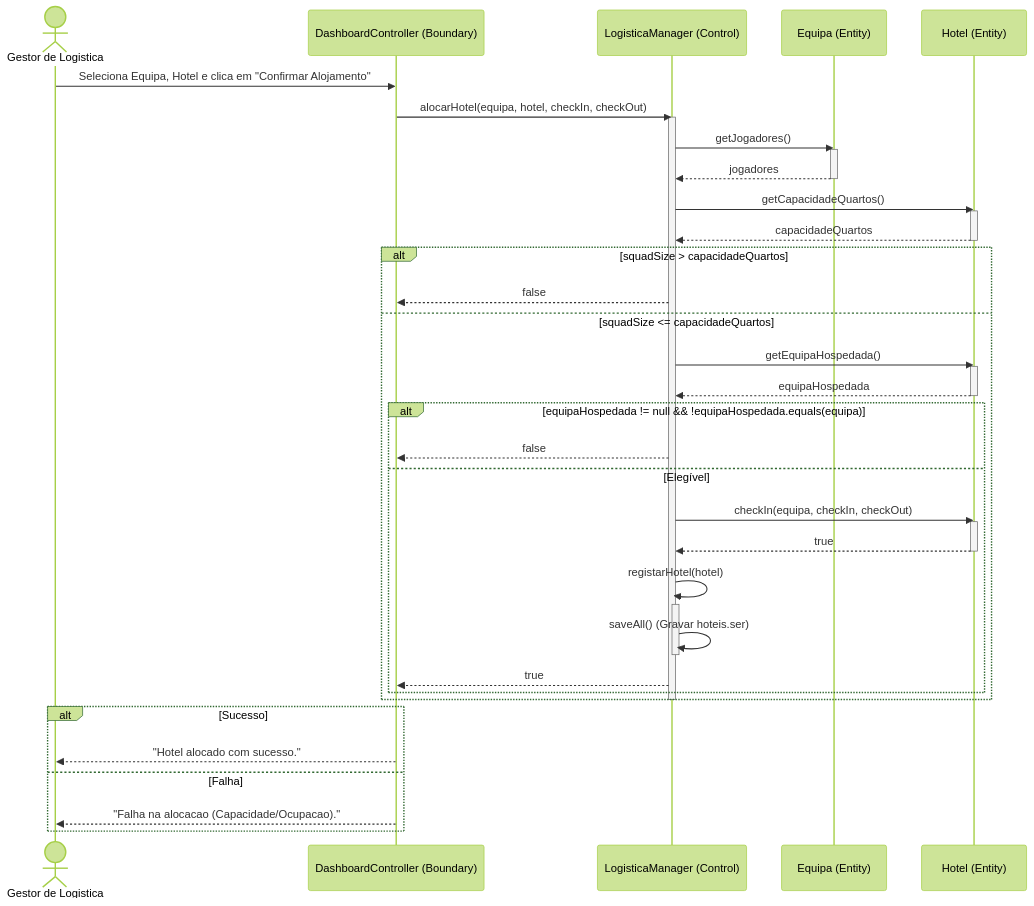
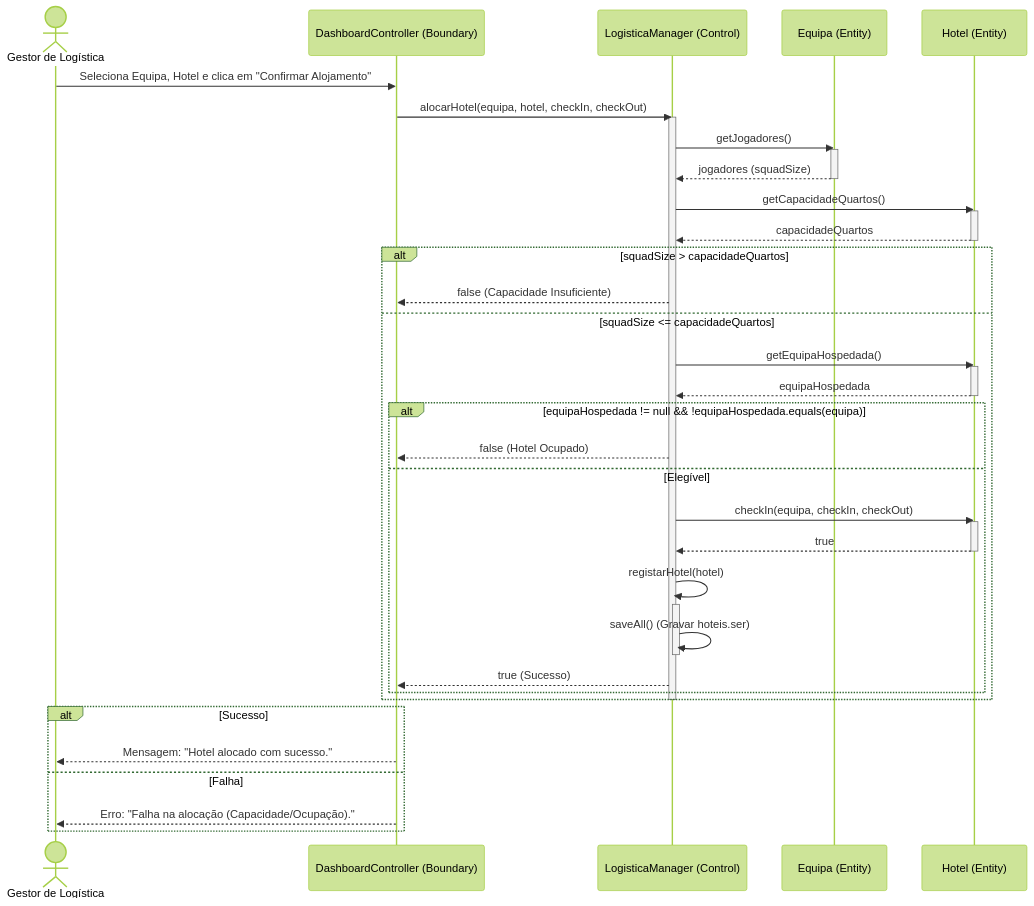
Before and after one commit to experimentos373-creator/ES: the fifth of 6 diagrams in documentacao_fase2/9_diagramas_sequencia_mermaid.md, drawn with Mermaid (forest theme). The commit also changed other lines of this file, not shown here.

Commit message:
docs: add Mermaid sequence diagrams markdown file for GitHub rendering

````diff
--- a/documentacao_fase2/9_diagramas_sequencia_mermaid.md
+++ b/documentacao_fase2/9_diagramas_sequencia_mermaid.md
@@ -127,47 +155,48 @@
 ```mermaid
 sequenceDiagram
-    actor GL as Gestor de Logistica
+    actor GL as Gestor de Logística
     participant B as DashboardController (Boundary)
     participant C as LogisticaManager (Control)
     participant Eq as Equipa (Entity)
     participant H as Hotel (Entity)
 
     GL->>B: Seleciona Equipa, Hotel e clica em "Confirmar Alojamento"
     B->>C: alocarHotel(equipa, hotel, checkIn, checkOut)
     activate C
     C->>Eq: getJogadores()
     activate Eq
-    Eq-->>C: jogadores
+    Eq-->>C: jogadores (squadSize)
     deactivate Eq
     C->>H: getCapacidadeQuartos()
     activate H
     H-->>C: capacidadeQuartos
     deactivate H
+    
     alt squadSize > capacidadeQuartos
-        C-->>B: false
+        C-->>B: false (Capacidade Insuficiente)
     else squadSize <= capacidadeQuartos
         C->>H: getEquipaHospedada()
         activate H
         H-->>C: equipaHospedada
         deactivate H
         alt equipaHospedada != null && !equipaHospedada.equals(equipa)
-            C-->>B: false
+            C-->>B: false (Hotel Ocupado)
         else Elegível
             C->>H: checkIn(equipa, checkIn, checkOut)
             activate H
             H-->>C: true
             deactivate H
             C->>C: registarHotel(hotel)
             activate C
             C->>C: saveAll() (Gravar hoteis.ser)
             deactivate C
-            C-->>B: true
+            C-->>B: true (Sucesso)
         end
     end
     deactivate C
     alt Sucesso
-        B-->>GL: "Hotel alocado com sucesso."
+        B-->>GL: Mensagem: "Hotel alocado com sucesso."
     else Falha
-        B-->>GL: "Falha na alocacao (Capacidade/Ocupacao)."
+        B-->>GL: Erro: "Falha na alocação (Capacidade/Ocupação)."
     end
 ```
````
